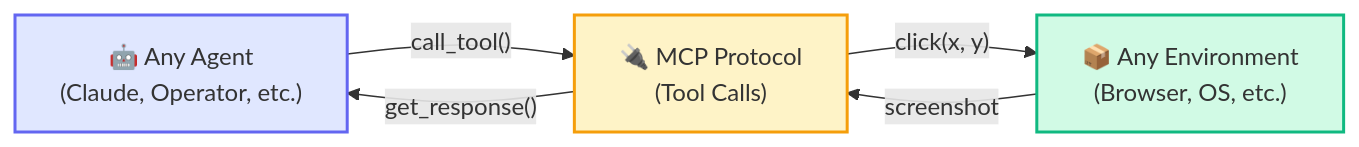
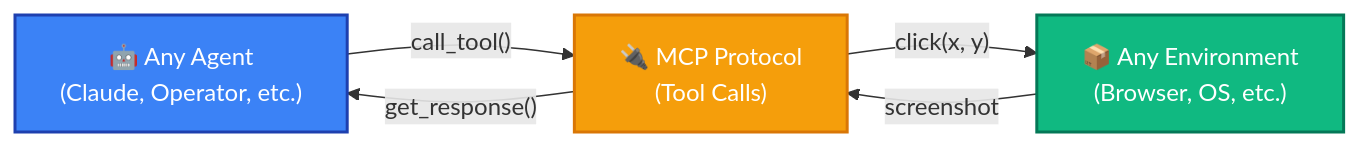
Before and after one commit to shfunc/hud-python: the diagram in docs/index.mdx, drawn with Mermaid. The commit also changed other lines of this file, not shown here.

Commit message:
intro pages fixes

````diff
--- a/docs/index.mdx
+++ b/docs/index.mdx
@@ -25,15 +29,15 @@
 ```mermaid
 graph LR
     Agent["🤖 Any Agent<br/>(Claude, Operator, etc.)"]
     MCP["🔌 MCP Protocol<br/>(Tool Calls)"]
     Env["📦 Any Environment<br/>(Browser, OS, etc.)"]
     
     Agent -->|"call_tool()"| MCP
     MCP -->|"click(x, y)"| Env
     Env -->|"screenshot"| MCP
     MCP -->|"get_response()"| Agent
     
-    style Agent fill:#e0e7ff,stroke:#6366f1,stroke-width:2px
-    style MCP fill:#fef3c7,stroke:#f59e0b,stroke-width:2px
-    style Env fill:#d1fae5,stroke:#10b981,stroke-width:2px
+    style Agent fill:#3b82f6,stroke:#1e40af,stroke-width:2px,color:#ffffff
+    style MCP fill:#f59e0b,stroke:#d97706,stroke-width:2px,color:#ffffff
+    style Env fill:#10b981,stroke:#047857,stroke-width:2px,color:#ffffff
 ```
````
